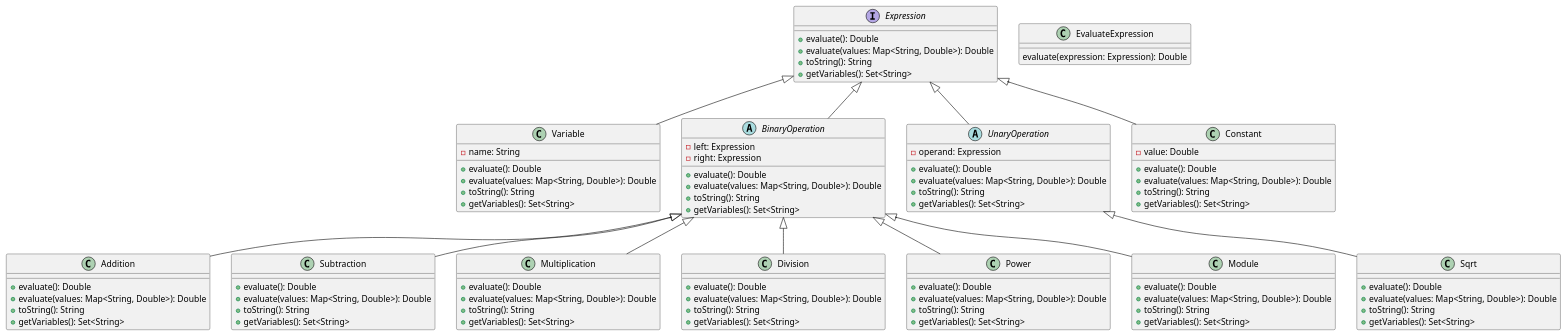
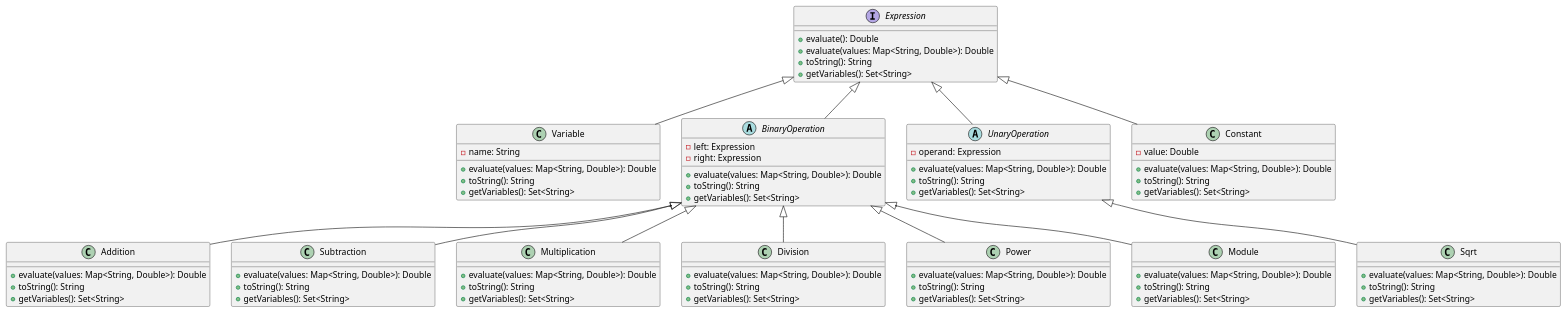
The diagram in diagrams/classDiagram.puml (austral-ingsis-classroom/formula-TomasSerra), drawn with PlantUML before and after one commit.

Commit message:
diagrama de clases

```diff
--- a/diagrams/classDiagram.puml
+++ b/diagrams/classDiagram.puml
@@ -1,97 +1,82 @@
 @startuml
 
 interface Expression {
     +evaluate(): Double
     +evaluate(values: Map<String, Double>): Double
     +toString(): String
     +getVariables(): Set<String>
 }
 
-class EvaluateExpression {
-    evaluate(expression: Expression): Double
-}
-
 class Variable extends Expression {
     -name: String
-    +evaluate(): Double
     +evaluate(values: Map<String, Double>): Double
     +toString(): String
     +getVariables(): Set<String>
 }
 
 abstract class BinaryOperation extends Expression {
     -left: Expression
     -right: Expression
-    +evaluate(): Double
     +evaluate(values: Map<String, Double>): Double
     +toString(): String
     +getVariables(): Set<String>
 }
 
 class Addition extends BinaryOperation {
-    +evaluate(): Double
     +evaluate(values: Map<String, Double>): Double
     +toString(): String
     +getVariables(): Set<String>
 }
 
 class Subtraction extends BinaryOperation {
-    +evaluate(): Double
     +evaluate(values: Map<String, Double>): Double
     +toString(): String
     +getVariables(): Set<String>
 }
 
 class Multiplication extends BinaryOperation {
-    +evaluate(): Double
     +evaluate(values: Map<String, Double>): Double
     +toString(): String
     +getVariables(): Set<String>
 }
 
 class Division extends BinaryOperation {
-    +evaluate(): Double
     +evaluate(values: Map<String, Double>): Double
     +toString(): String
     +getVariables(): Set<String>
 }
 
 class Power extends BinaryOperation {
-    +evaluate(): Double
     +evaluate(values: Map<String, Double>): Double
     +toString(): String
     +getVariables(): Set<String>
 }
 
 class Module extends BinaryOperation {
-    +evaluate(): Double
     +evaluate(values: Map<String, Double>): Double
     +toString(): String
     +getVariables(): Set<String>
 }
 
 abstract class UnaryOperation extends Expression {
     -operand: Expression
-    +evaluate(): Double
     +evaluate(values: Map<String, Double>): Double
     +toString(): String
     +getVariables(): Set<String>
 }
 
 class Sqrt extends UnaryOperation {
-    +evaluate(): Double
     +evaluate(values: Map<String, Double>): Double
     +toString(): String
     +getVariables(): Set<String>
 }
 
 class Constant extends Expression {
     -value: Double
-    +evaluate(): Double
     +evaluate(values: Map<String, Double>): Double
     +toString(): String
     +getVariables(): Set<String>
 }
 
 
 @enduml
```
